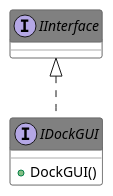
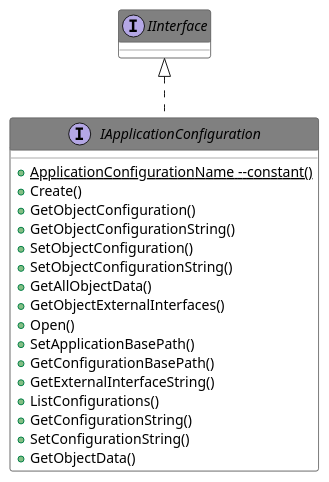
Before and after one commit to PatriekBruins/TriekselsoftApplicationFramework: the diagram in Source/Antidoc-Output/Includes/021.adoc, drawn with PlantUML. The commit also changed other lines of this file and 692 other files, not shown here.

```diff
--- a/Source/Antidoc-Output/Includes/021.adoc
+++ b/Source/Antidoc-Output/Includes/021.adoc
@@ -8,22 +8,37 @@
 [plantuml, format="svg", align="center"]
 ....
 @startuml
 set namespaceSeparator :
 skinparam ClassBackgroundColor #FFFFFF
 skinparam ClassBorderColor #555555
 skinparam ClassFontColor #000000
 skinparam ClassHeaderBackgroundColor #808080
 
 skinparam top to bottom direction
-interface "IDockGUI" {
-{method} +DockGUI()
+interface "IApplicationConfiguration" {
+{static} {method} +ApplicationConfigurationName --constant()
+{method} +Create()
+{method} +GetObjectConfiguration()
+{method} +GetObjectConfigurationString()
+{method} +SetObjectConfiguration()
+{method} +SetObjectConfigurationString()
+{method} +GetAllObjectData()
+{method} +GetObjectExternalInterfaces()
+{method} +Open()
+{method} +SetApplicationBasePath()
+{method} +GetConfigurationBasePath()
+{method} +GetExternalInterfaceString()
+{method} +ListConfigurations()
+{method} +GetConfigurationString()
+{method} +SetConfigurationString()
+{method} +GetObjectData()
 
 }
-"IInterface" <|.. "IDockGUI"
+"IInterface" <|.. "IApplicationConfiguration"
 interface "IInterface" {}
 
 
 
 
 @enduml
 ....
```
